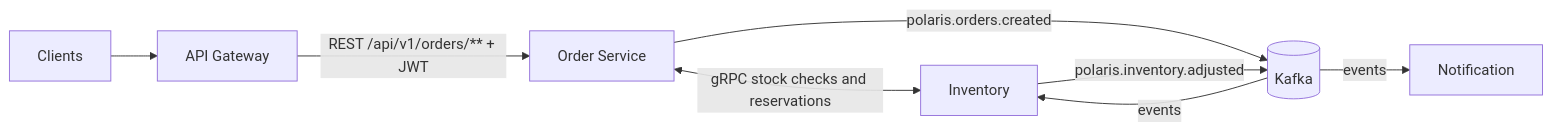
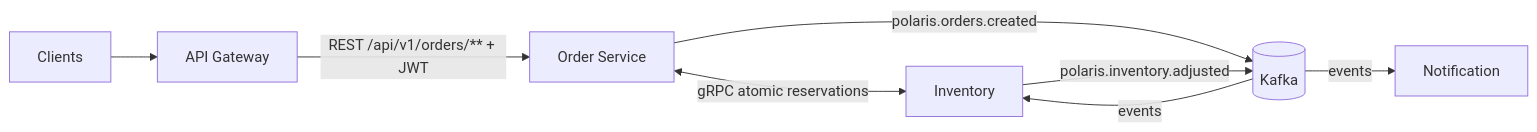
One commit to abdullahsayed30/Polaris changed the first of 2 diagrams in docs/architecture.md. Above: the diagram before and after it, drawn with Mermaid. The commit also changed other lines of this file and 171 other files, not shown here.

First line of the commit message:
feat: harden microservice reliability and enforce architecture boundaries

````diff
--- a/docs/architecture.md
+++ b/docs/architecture.md
@@ -5,13 +5,13 @@
 ```mermaid
 flowchart LR
     Client[Clients] --> Gateway[API Gateway]
 
     Gateway -->|REST /api/v1/orders/** + JWT| Order[Order Service]
 
-    Order <-->|gRPC stock checks and reservations| Inventory
+    Order <-->|gRPC atomic reservations| Inventory
 
     Order -->|polaris.orders.created| Kafka[(Kafka)]
     Inventory -->|polaris.inventory.adjusted| Kafka
     Kafka -->|events| Inventory
     Kafka -->|events| Notification
 ```
````
